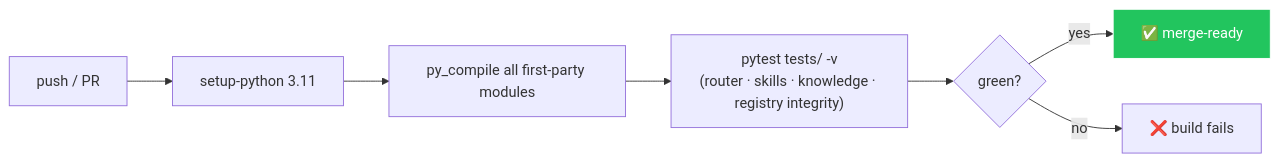
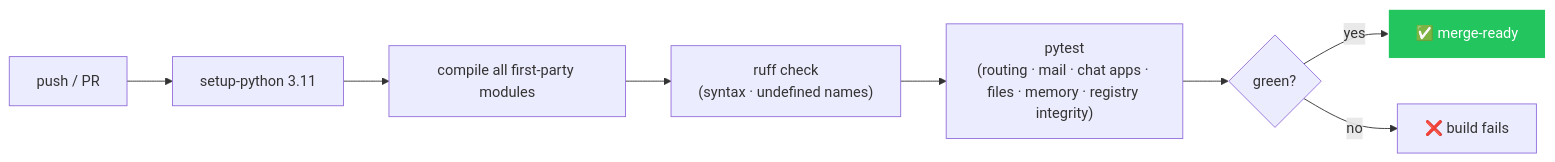
Before and after one commit to Rajeshponnapure/TOM: the fourth of 6 diagrams in README.md, drawn with Mermaid. The commit also changed other lines of this file and 97 other files, not shown here.

````diff
--- a/README.md
+++ b/README.md
@@ -671,11 +683,12 @@
 ```mermaid
 flowchart LR
     P["push / PR"] --> S["setup-python 3.11"]
-    S --> C["py_compile all first-party modules"]
-    C --> T["pytest tests/ -v<br/>(router · skills · knowledge · registry integrity)"]
+    S --> C["compile all first-party modules"]
+    C --> L["ruff check<br/>(syntax · undefined names)"]
+    L --> T["pytest<br/>(routing · mail · chat apps · files · memory · registry integrity)"]
     T --> R{green?}
     R -->|yes| OK["✅ merge-ready"]
     R -->|no| X["❌ build fails"]
     classDef ok fill:#22C55E,stroke:#fff,color:#fff
     class OK ok
 ```
````
